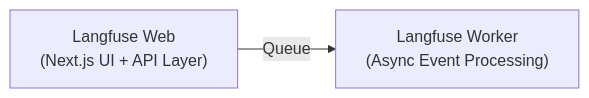
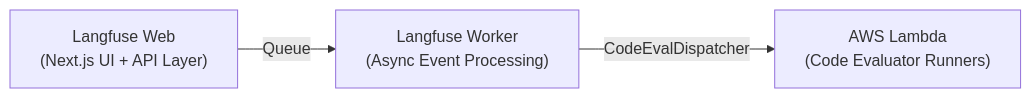
One commit to langfuse/langfuse-docs changed the first of 3 diagrams in content/handbook/product-engineering/architecture.mdx. Above: the diagram before and after it, drawn with Mermaid. The commit also changed other lines of this file, not shown here.

Commit message:
docs(handbook): add code evaluator lambda architecture

````diff
--- a/content/handbook/product-engineering/architecture.mdx
+++ b/content/handbook/product-engineering/architecture.mdx
@@ -13,7 +13,9 @@
 ```mermaid
 graph LR
     Web["Langfuse Web<br/>(Next.js UI + API Layer)"]
     Worker["Langfuse Worker<br/>(Async Event Processing)"]
+    CodeEval["AWS Lambda<br/>(Code Evaluator Runners)"]
 
     Web -->|Queue| Worker
+    Worker -->|CodeEvalDispatcher| CodeEval
 ```
````
